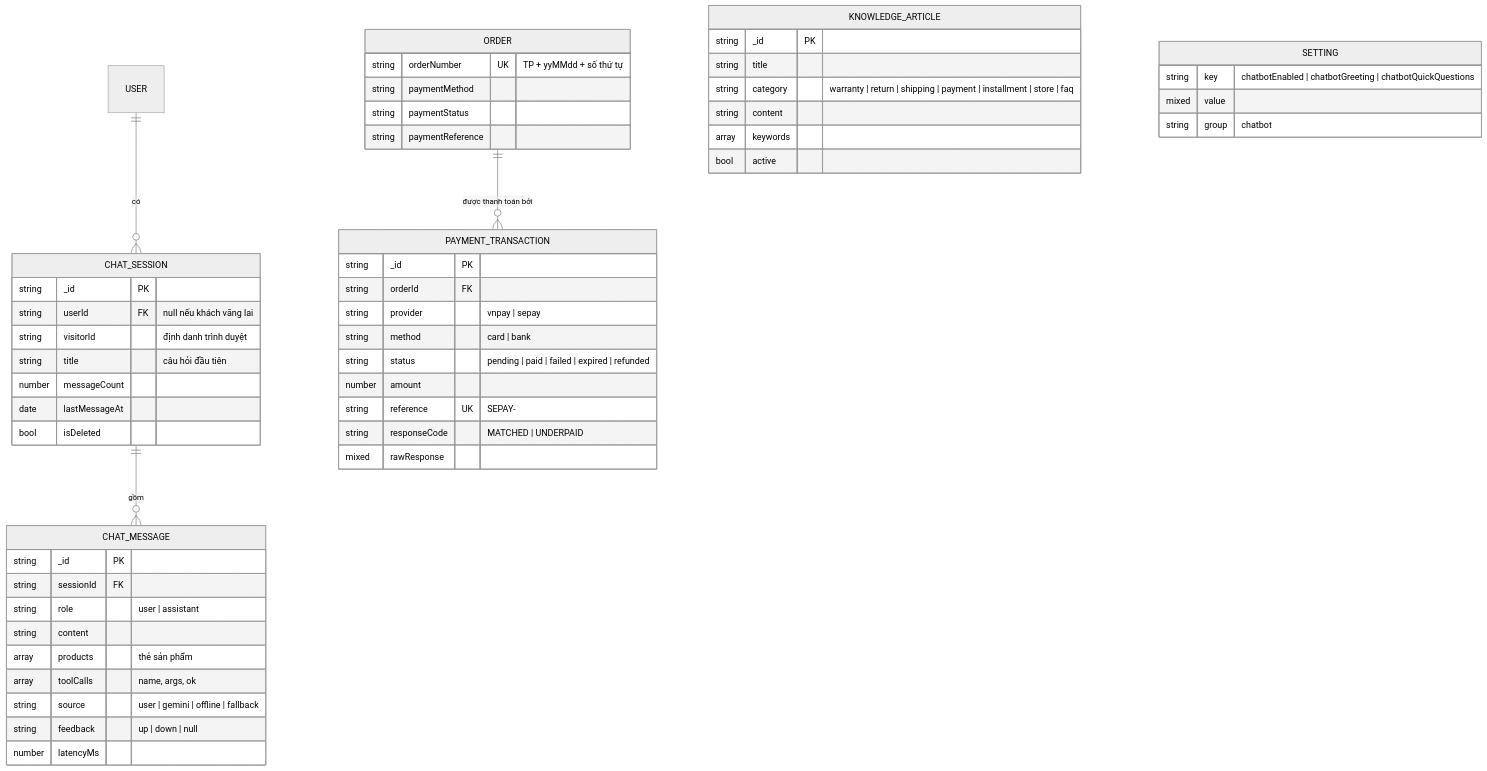
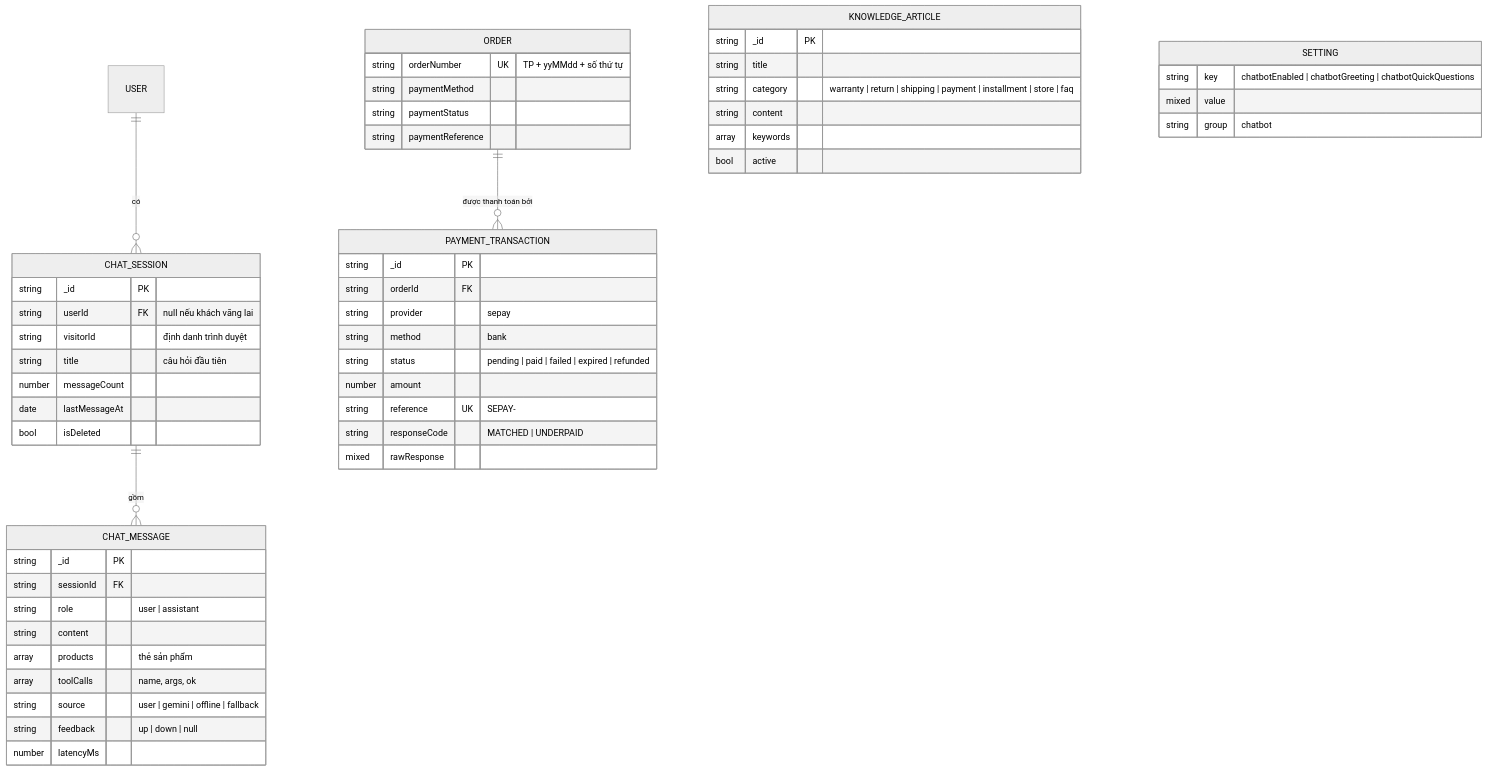
One commit to TrungNguyen410/cn-da23tta-sontrungnguyen-phoneshopchatbot changed the sixth of 6 diagrams in docs/phoneshopai-analysis-design.md. Above: the diagram before and after it, drawn with Mermaid (neutral theme). The commit also changed 41 other files, not shown here.

````diff
--- a/docs/phoneshopai-analysis-design.md
+++ b/docs/phoneshopai-analysis-design.md
@@ -216,57 +216,57 @@
 ```mermaid
 erDiagram
     USER ||--o{ CHAT_SESSION : "có"
     CHAT_SESSION ||--o{ CHAT_MESSAGE : "gồm"
     ORDER ||--o{ PAYMENT_TRANSACTION : "được thanh toán bởi"
 
     CHAT_SESSION {
         string _id PK
         string userId FK "null nếu khách vãng lai"
         string visitorId "định danh trình duyệt"
         string title "câu hỏi đầu tiên"
         number messageCount
         date lastMessageAt
         bool isDeleted
     }
     CHAT_MESSAGE {
         string _id PK
         string sessionId FK
         string role "user | assistant"
         string content
         array products "thẻ sản phẩm"
         array toolCalls "name, args, ok"
         string source "user | gemini | offline | fallback"
         string feedback "up | down | null"
         number latencyMs
     }
     KNOWLEDGE_ARTICLE {
         string _id PK
         string title
         string category "warranty | return | shipping | payment | installment | store | faq"
         string content
         array keywords
         bool active
     }
     SETTING {
         string key "chatbotEnabled | chatbotGreeting | chatbotQuickQuestions"
         mixed value
         string group "chatbot"
     }
     PAYMENT_TRANSACTION {
         string _id PK
         string orderId FK
-        string provider "vnpay | sepay"
-        string method "card | bank"
+        string provider "sepay"
+        string method "bank"
         string status "pending | paid | failed | expired | refunded"
         number amount
         string reference UK "SEPAY-<id SePay>"
         string responseCode "MATCHED | UNDERPAID"
         mixed rawResponse
     }
     ORDER {
         string orderNumber UK "TP + yyMMdd + số thứ tự"
         string paymentMethod
         string paymentStatus
         string paymentReference
     }
 ```
````
